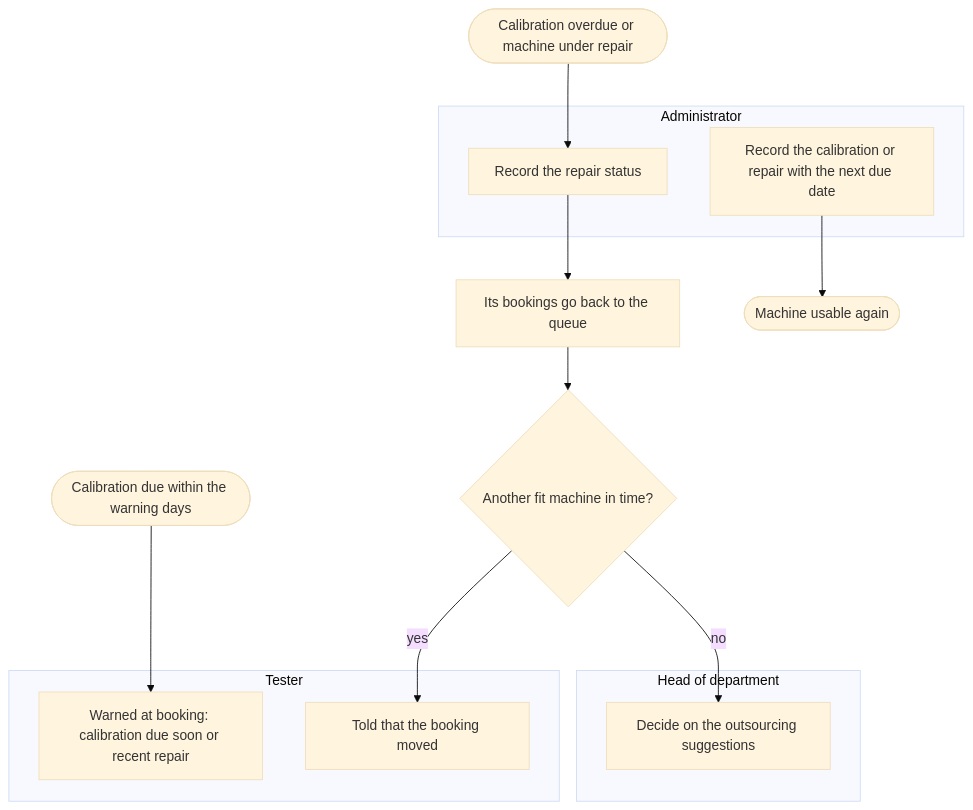
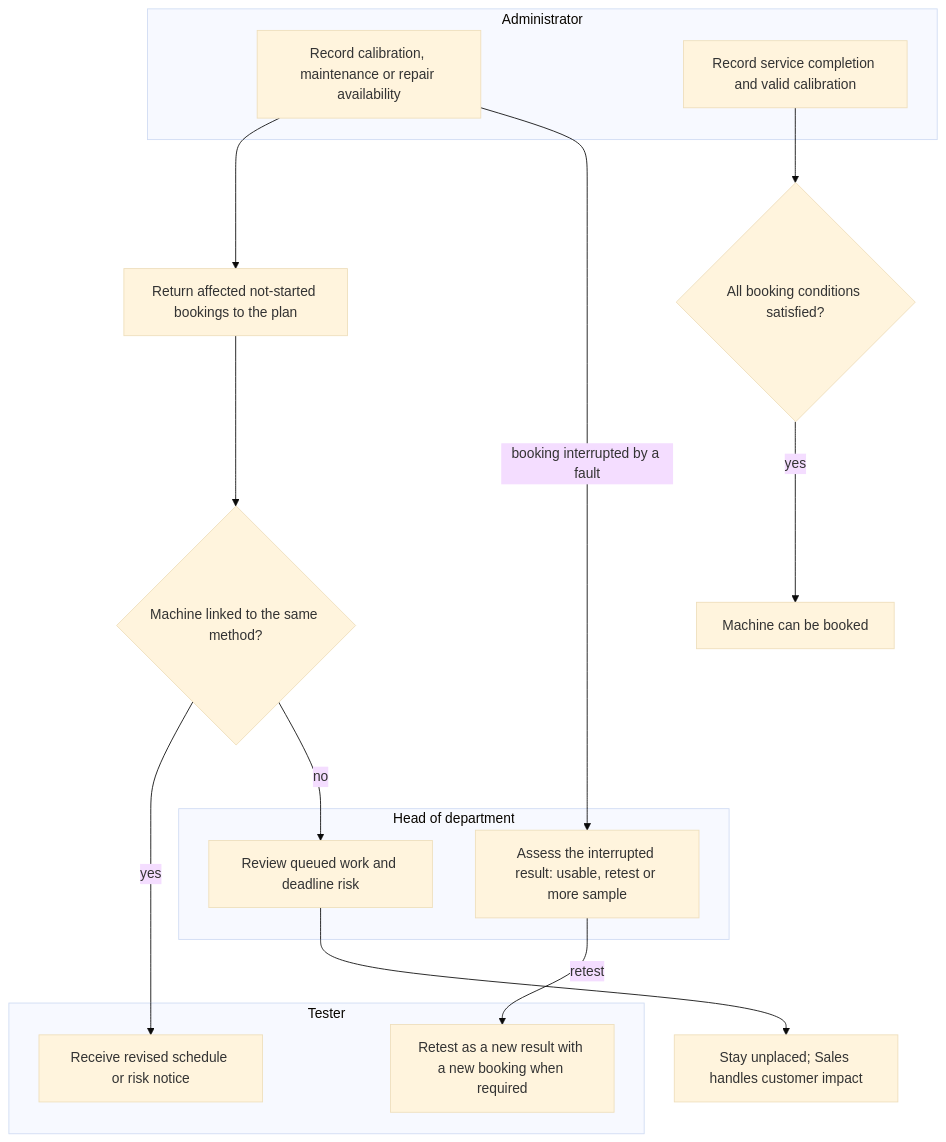
One commit to SoltuneMontepre/medilab changed diagram 11 of 17 in docs/functional/business-flows.md. Above: the diagram before and after it, drawn with Mermaid (base theme). The commit also changed other lines of this file and 47 other files, not shown here.

````diff
--- a/docs/functional/business-flows.md
+++ b/docs/functional/business-flows.md
@@ -506,20 +497,22 @@
 ```mermaid
 flowchart TD
-    subgraph lane27 ["Tester"]
-        t1["Warned at booking: calibration due soon or recent repair"]
-        t2[Told that the booking moved]
+    subgraph lane29 ["Administrator"]
+        a1[Record calibration, maintenance or repair availability]
+        a2[Record service completion and valid calibration]
     end
     subgraph lane28 ["Head of department"]
-        h1[Decide on the outsourcing suggestions]
+        h1[Assess the interrupted result: usable, retest or more sample]
+        h2[Review queued work and deadline risk]
     end
-    subgraph lane29 ["Administrator"]
-        a1[Record the repair status]
-        a2[Record the calibration or repair with the next due date]
+    subgraph lane27 ["Tester"]
+        t1[Receive revised schedule or risk notice]
+        t2[Retest as a new result with a new booking when required]
     end
-    due([Calibration due within the warning days]) --> t1
-    over([Calibration overdue or machine under repair]) --> a1 --> q[Its bookings go back to the queue]
-    q --> other{Another fit machine in time?}
-    other -->|yes| t2
-    other -->|no| h1
-    a2 --> back([Machine usable again])
+    a1 --> q[Return affected not-started bookings to the plan]
+    a1 -->|booking interrupted by a fault| h1 -->|retest| t2
+    q --> other{Machine linked to the same method?}
+    other -->|yes| t1
+    other -->|no| h2 --> wait[Stay unplaced; Sales handles customer impact]
+    a2 --> fit{All booking conditions satisfied?}
+    fit -->|yes| available[Machine can be booked]
 ```
````
